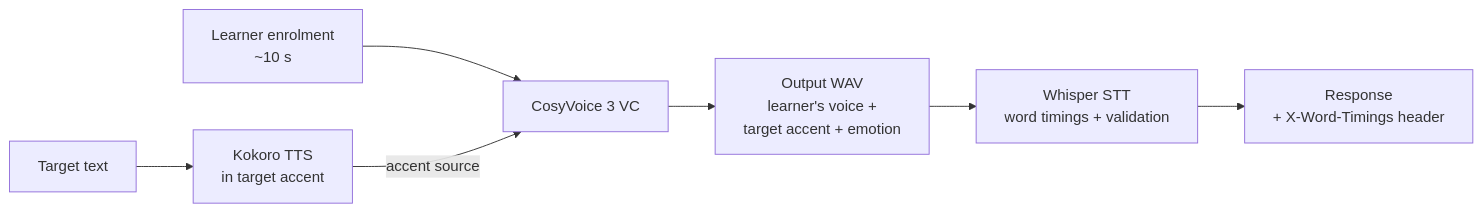
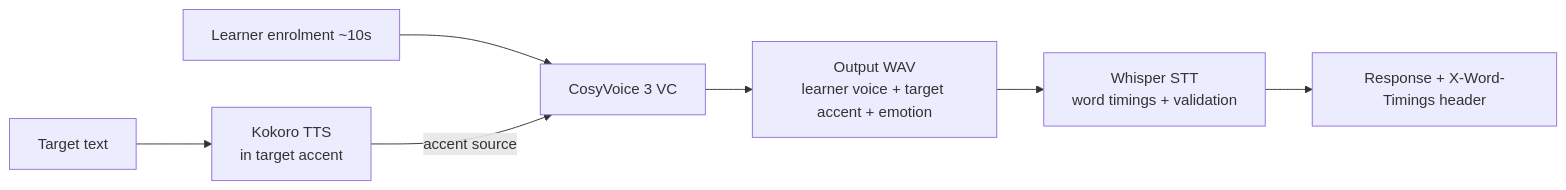
The second of 3 diagrams in README.md (vikranthreddimasu/PronounceAI), drawn with Mermaid before and after one commit. The commit also changed other lines of this file, not shown here.

First line of the commit message:
fix(readme): use release-asset URLs for inline video + repair Mermaid syntax

````diff
--- a/README.md
+++ b/README.md
@@ -76,9 +78,9 @@
 ```mermaid
 flowchart LR
-  T[Target text] --> K[Kokoro TTS<br/>in target accent]
-  R[Learner enrolment<br/>~10 s] --> CV[CosyVoice 3 VC]
-  K -->|accent source| CV
-  CV --> O[Output WAV<br/>learner's voice +<br/>target accent + emotion]
-  O --> V[Whisper STT<br/>word timings + validation]
-  V --> RES[Response<br/>+ X-Word-Timings header]
+  T["Target text"] --> K["Kokoro TTS<br/>in target accent"]
+  R["Learner enrolment ~10s"] --> CV["CosyVoice 3 VC"]
+  K -->|"accent source"| CV
+  CV --> O["Output WAV<br/>learner voice + target accent + emotion"]
+  O --> V["Whisper STT<br/>word timings + validation"]
+  V --> RES["Response + X-Word-Timings header"]
 ```
````
